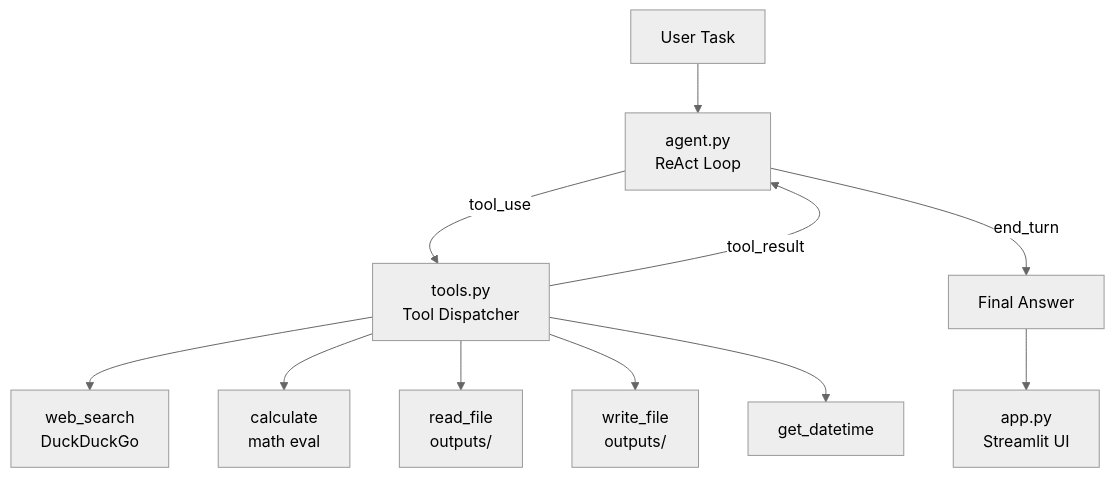
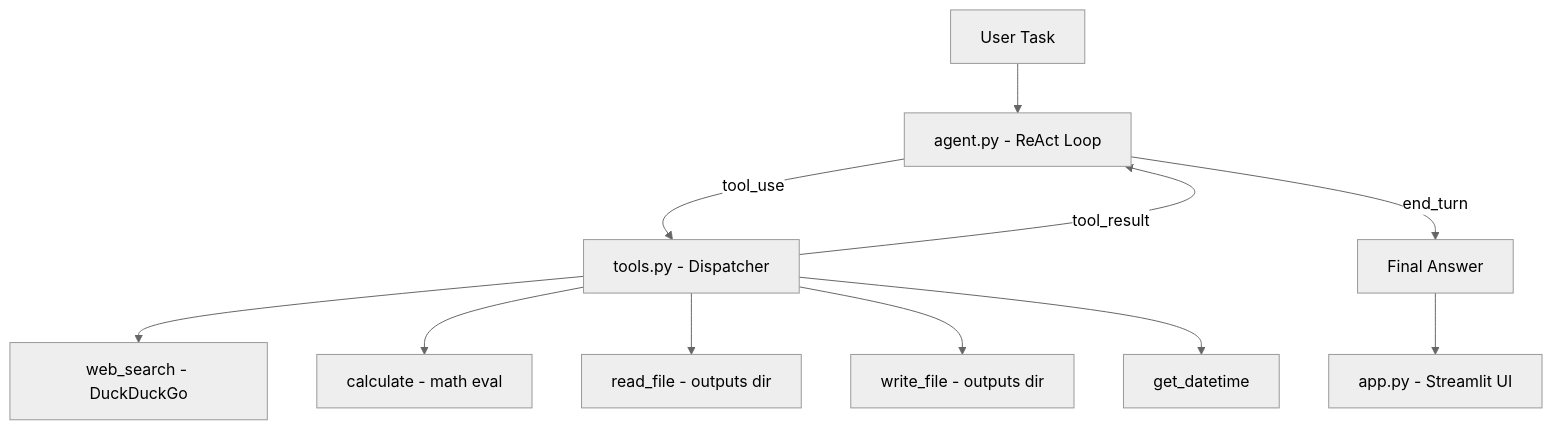
The diagram in README.md (emilyqiyuan2022/ai-agent), drawn with Mermaid (neutral theme) before and after one commit. The commit also changed other lines of this file, not shown here.

````diff
--- a/README.md
+++ b/README.md
@@ -61,13 +61,13 @@
 ```mermaid
 graph TD
-    U[User Task] --> A[agent.py\nReAct Loop]
-    A -->|tool_use| T[tools.py\nTool Dispatcher]
-    T --> S[web_search\nDuckDuckGo]
-    T --> C[calculate\nmath eval]
-    T --> R[read_file\noutputs/]
-    T --> W[write_file\noutputs/]
+    U[User Task] --> A[agent.py - ReAct Loop]
+    A -->|tool_use| T[tools.py - Dispatcher]
+    T --> S[web_search - DuckDuckGo]
+    T --> C[calculate - math eval]
+    T --> R[read_file - outputs dir]
+    T --> W[write_file - outputs dir]
     T --> D[get_datetime]
     T -->|tool_result| A
     A -->|end_turn| O[Final Answer]
-    O --> APP[app.py\nStreamlit UI]
+    O --> APP[app.py - Streamlit UI]
 ```
````
